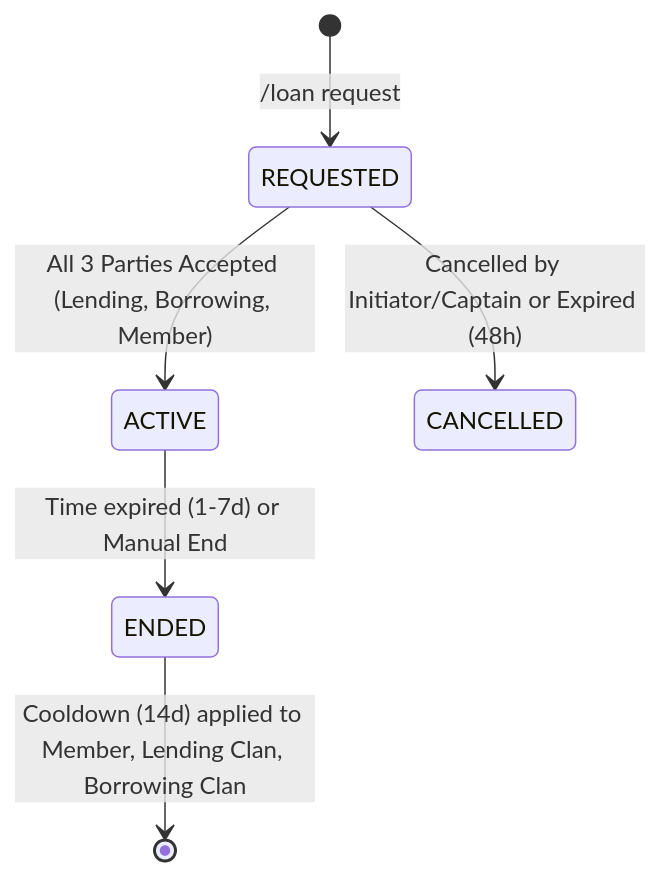
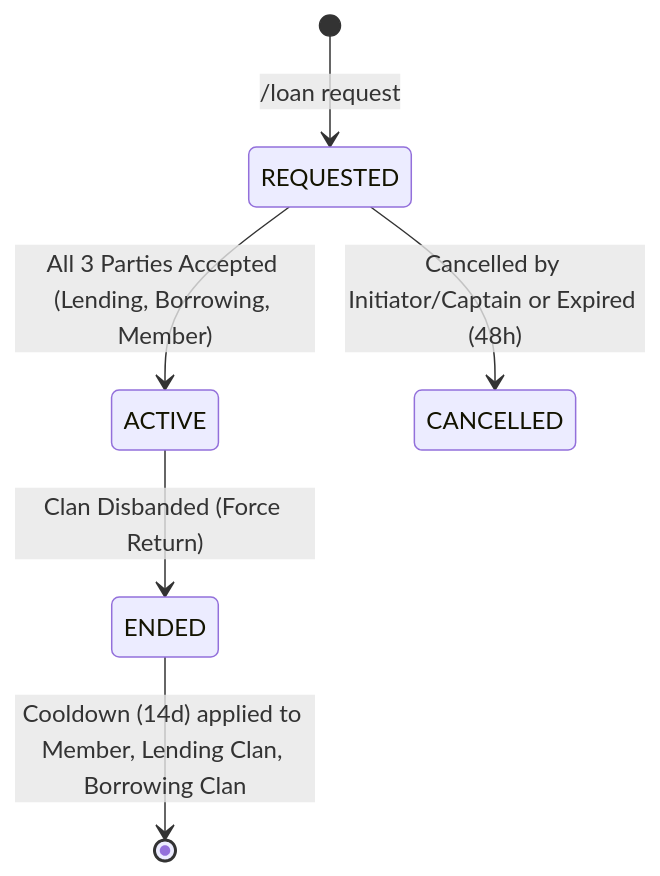
Before and after one commit to MonsieurNikko/ClanVXT: the third of 5 diagrams in STATES.md, drawn with Mermaid. The commit also changed other lines of this file and 17 other files, not shown here.

````diff
--- a/STATES.md
+++ b/STATES.md
@@ -53,8 +53,8 @@
 ```mermaid
 stateDiagram-v2
     [*] --> REQUESTED: /loan request
     REQUESTED --> ACTIVE: All 3 Parties Accepted (Lending, Borrowing, Member)
     REQUESTED --> CANCELLED: Cancelled by Initiator/Captain or Expired (48h)
-    ACTIVE --> ENDED: Time expired (1-7d) or Manual End
     ENDED --> [*]: Cooldown (14d) applied to Member, Lending Clan, Borrowing Clan
+    ACTIVE --> ENDED: Clan Disbanded (Force Return)
 ```
````
